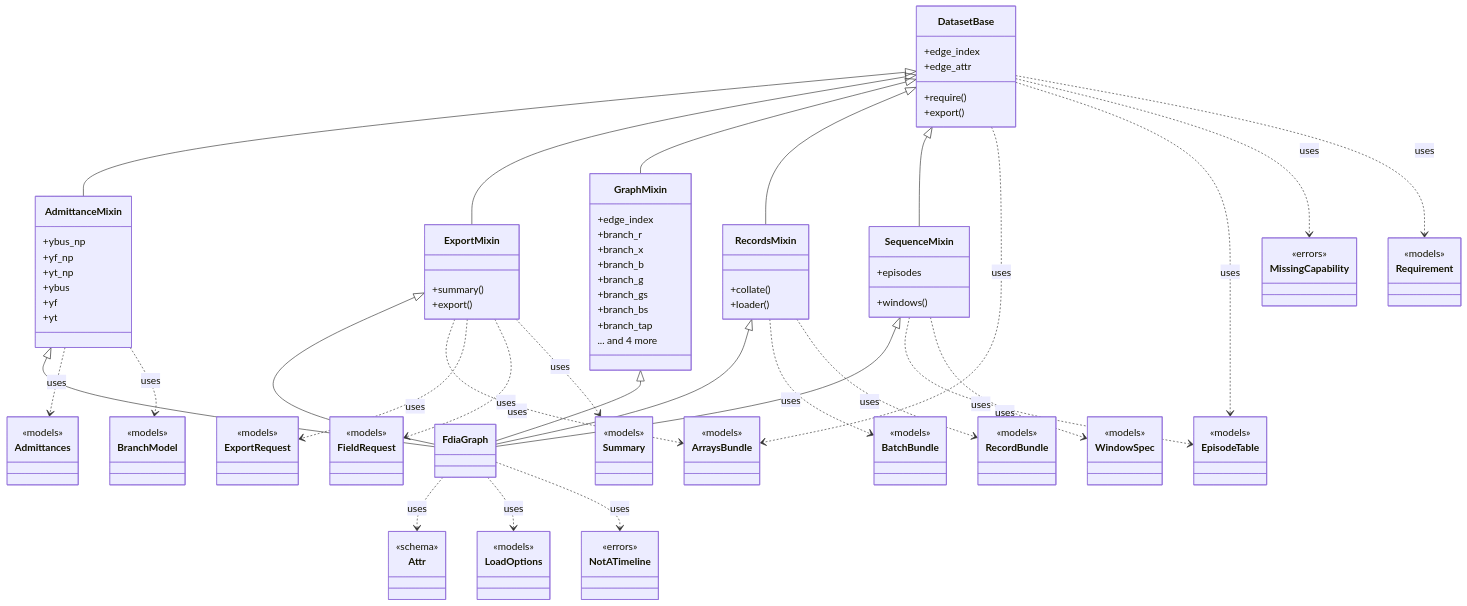
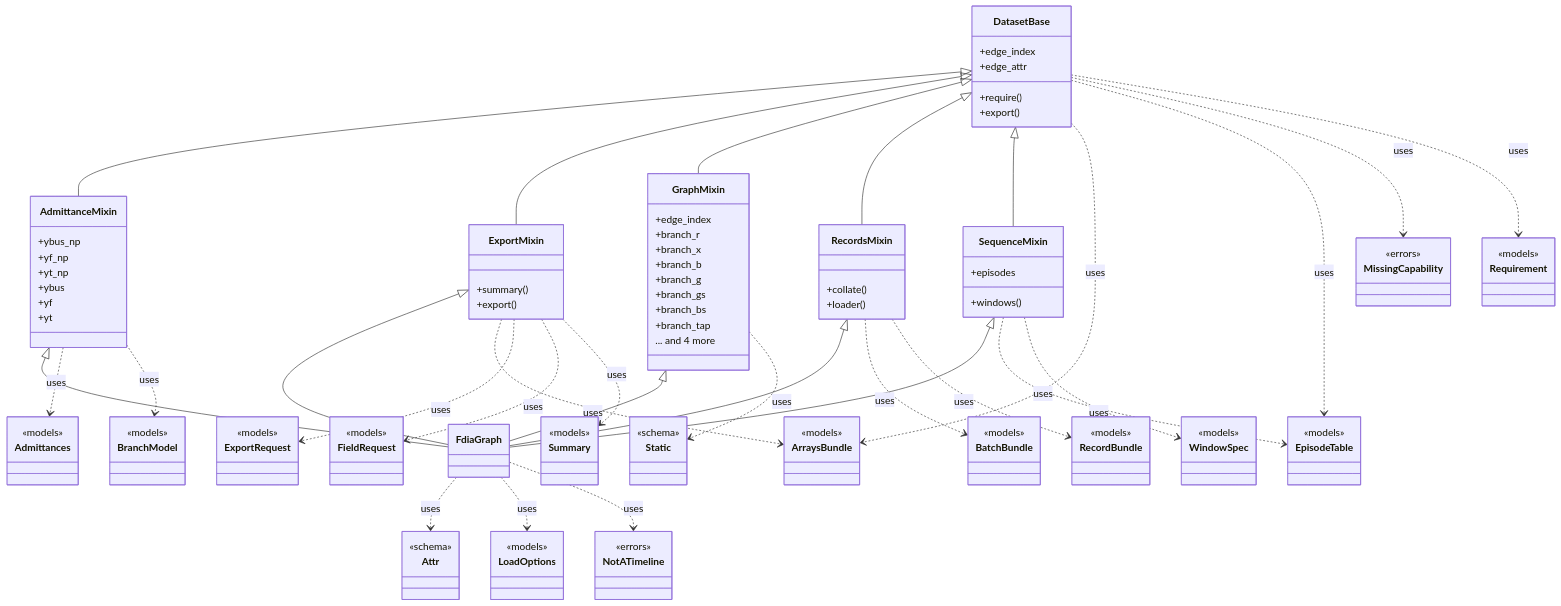
The diagram in docs/figures/diagrams/classes_dataset.mmd (myersben9/fdia-graph), drawn with Mermaid before and after one commit. The commit also changed 57 other files, not shown here.

```diff
--- a/docs/figures/diagrams/classes_dataset.mmd
+++ b/docs/figures/diagrams/classes_dataset.mmd
@@ -1,112 +1,116 @@
 classDiagram
     class DatasetBase {
         +require()
         +edge_index
         +edge_attr
         +export()
     }
     class GraphMixin {
         +edge_index
         +branch_r
         +branch_x
         +branch_b
         +branch_g
         +branch_gs
         +branch_bs
         +branch_tap
         ... and 4 more
     }
     class AdmittanceMixin {
         +ybus_np
         +yf_np
         +yt_np
         +ybus
         +yf
         +yt
     }
     class RecordsMixin {
         +collate()
         +loader()
     }
     class ExportMixin {
         +summary()
         +export()
     }
     class SequenceMixin {
         +windows()
         +episodes
     }
     class FdiaGraph {
     }
     class Admittances {
         <<models>>
     }
     class ArraysBundle {
         <<models>>
     }
     class Attr {
         <<schema>>
     }
     class BatchBundle {
         <<models>>
     }
     class BranchModel {
         <<models>>
     }
     class EpisodeTable {
         <<models>>
     }
     class ExportRequest {
         <<models>>
     }
     class FieldRequest {
         <<models>>
     }
     class LoadOptions {
         <<models>>
     }
     class MissingCapability {
         <<errors>>
     }
     class NotATimeline {
         <<errors>>
     }
     class RecordBundle {
         <<models>>
     }
     class Requirement {
         <<models>>
     }
+    class Static {
+        <<schema>>
+    }
     class Summary {
         <<models>>
     }
     class WindowSpec {
         <<models>>
     }
     AdmittanceMixin <|-- FdiaGraph
     DatasetBase <|-- AdmittanceMixin
     DatasetBase <|-- ExportMixin
     DatasetBase <|-- GraphMixin
     DatasetBase <|-- RecordsMixin
     DatasetBase <|-- SequenceMixin
     ExportMixin <|-- FdiaGraph
     GraphMixin <|-- FdiaGraph
     RecordsMixin <|-- FdiaGraph
     SequenceMixin <|-- FdiaGraph
     AdmittanceMixin ..> Admittances : uses
     AdmittanceMixin ..> BranchModel : uses
     DatasetBase ..> ArraysBundle : uses
     DatasetBase ..> EpisodeTable : uses
     DatasetBase ..> MissingCapability : uses
     DatasetBase ..> Requirement : uses
     ExportMixin ..> ArraysBundle : uses
     ExportMixin ..> ExportRequest : uses
     ExportMixin ..> FieldRequest : uses
     ExportMixin ..> Summary : uses
     FdiaGraph ..> Attr : uses
     FdiaGraph ..> LoadOptions : uses
     FdiaGraph ..> NotATimeline : uses
+    GraphMixin ..> Static : uses
     RecordsMixin ..> BatchBundle : uses
     RecordsMixin ..> RecordBundle : uses
     SequenceMixin ..> EpisodeTable : uses
     SequenceMixin ..> WindowSpec : uses
```
